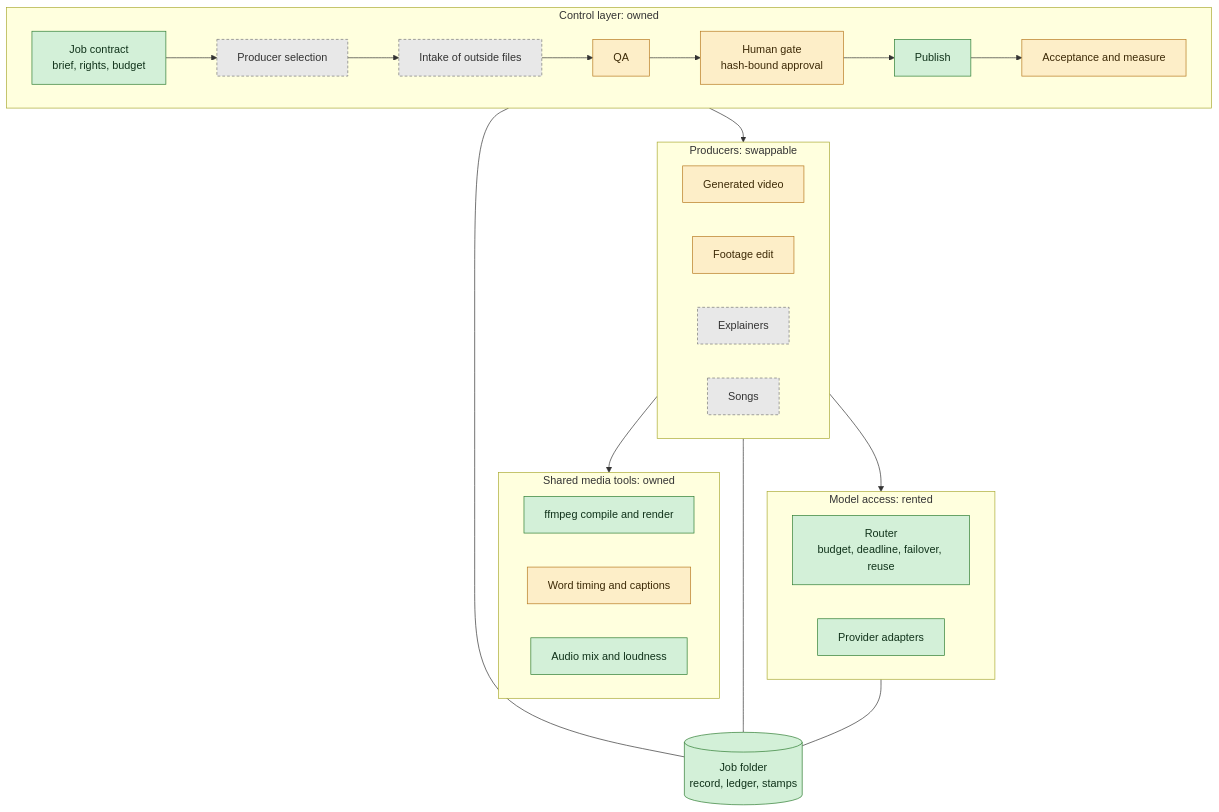
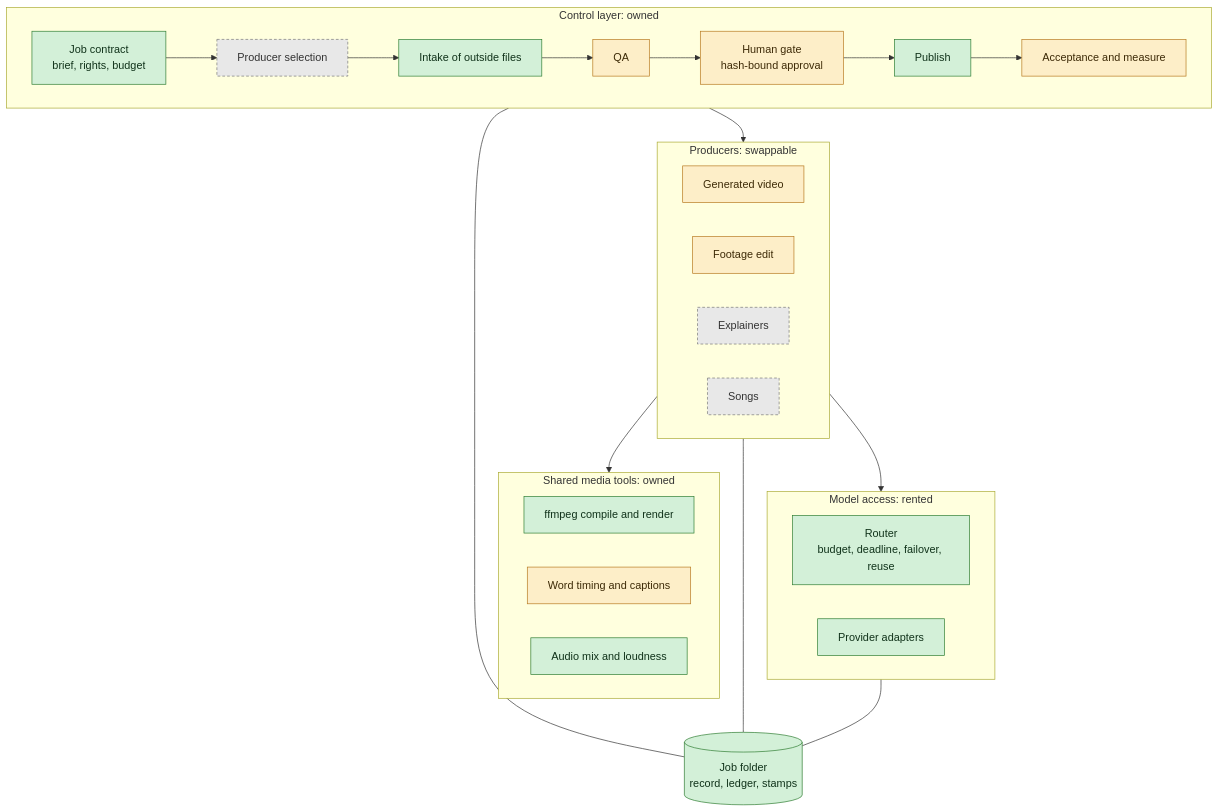
Before and after one commit to kaiverse-io/kalainova: the second of 8 diagrams in ARCHITECTURE.md, drawn with Mermaid. The commit also changed other lines of this file and 17 other files, not shown here.

````diff
--- a/ARCHITECTURE.md
+++ b/ARCHITECTURE.md
@@ -39,48 +39,48 @@
 ```mermaid
 flowchart TB
     subgraph control["Control layer: owned"]
         direction LR
         contract["Job contract<br/>brief, rights, budget"]:::built
         selector["Producer selection"]:::planned
-        intake["Intake of outside files"]:::planned
+        intake["Intake of outside files"]:::built
         qa["QA"]:::partial
         gate["Human gate<br/>hash-bound approval"]:::partial
         publish["Publish"]:::built
         measure["Acceptance and measure"]:::partial
         contract --> selector --> intake --> qa --> gate --> publish --> measure
     end
 
     subgraph producers["Producers: swappable"]
         direction LR
         pgen["Generated video"]:::partial
         pedit["Footage edit"]:::partial
         pexplain["Explainers"]:::planned
         psong["Songs"]:::planned
     end
 
     subgraph shared["Shared media tools: owned"]
         direction LR
         compile["ffmpeg compile and render"]:::built
         timing["Word timing and captions"]:::partial
         mix["Audio mix and loudness"]:::built
     end
 
     subgraph access["Model access: rented"]
         direction LR
         router["Router<br/>budget, deadline, failover, reuse"]:::built
         adapters["Provider adapters"]:::built
     end
 
     records[("Job folder<br/>record, ledger, stamps")]:::built
 
     control --> producers
     producers --> shared
     producers --> access
     control --- records
     producers --- records
     access --- records
 
     classDef built fill:#d3f0d8,stroke:#2e7d32,color:#10321a
     classDef partial fill:#fdeec8,stroke:#b7791f,color:#3d2a07
     classDef planned fill:#e8e8e8,stroke:#777777,color:#333333,stroke-dasharray: 4 3
 ```
````
